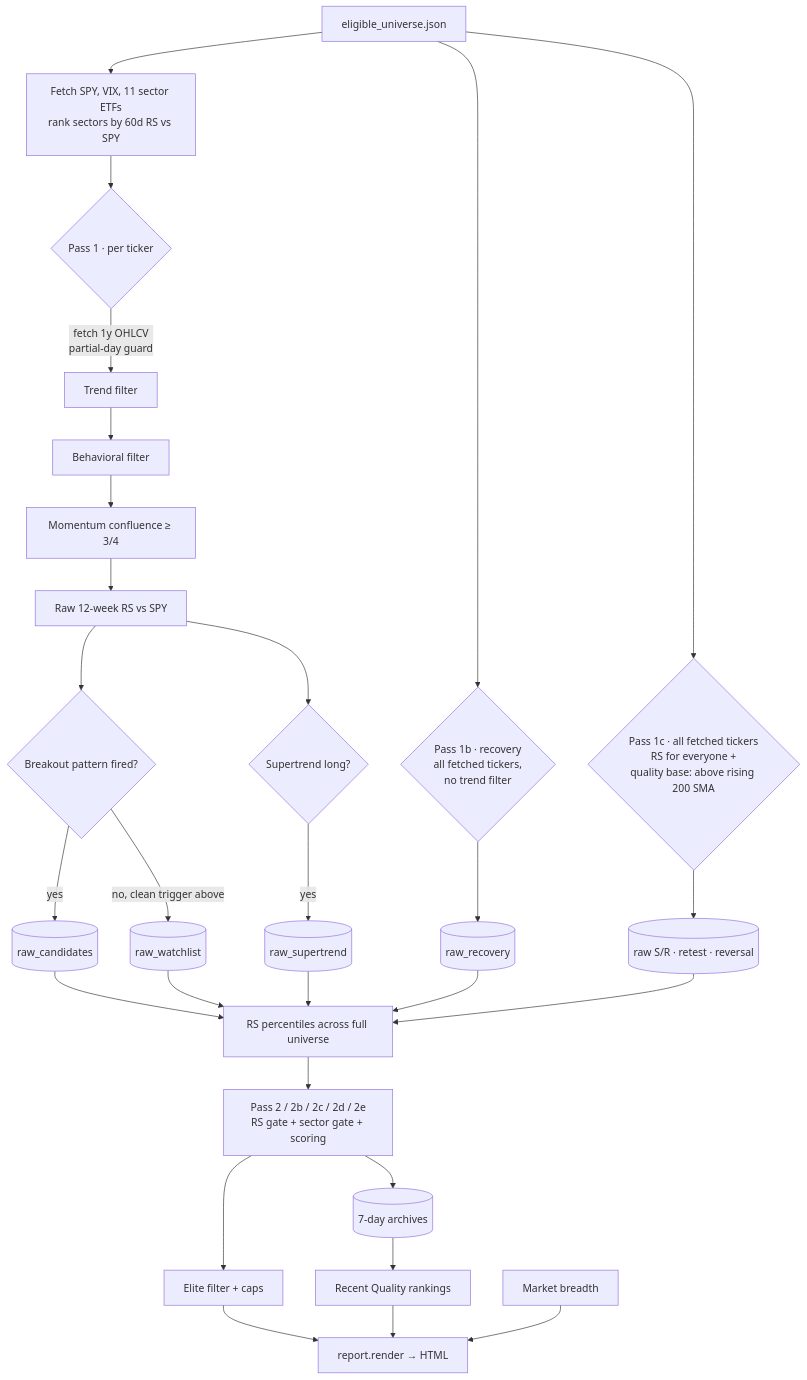
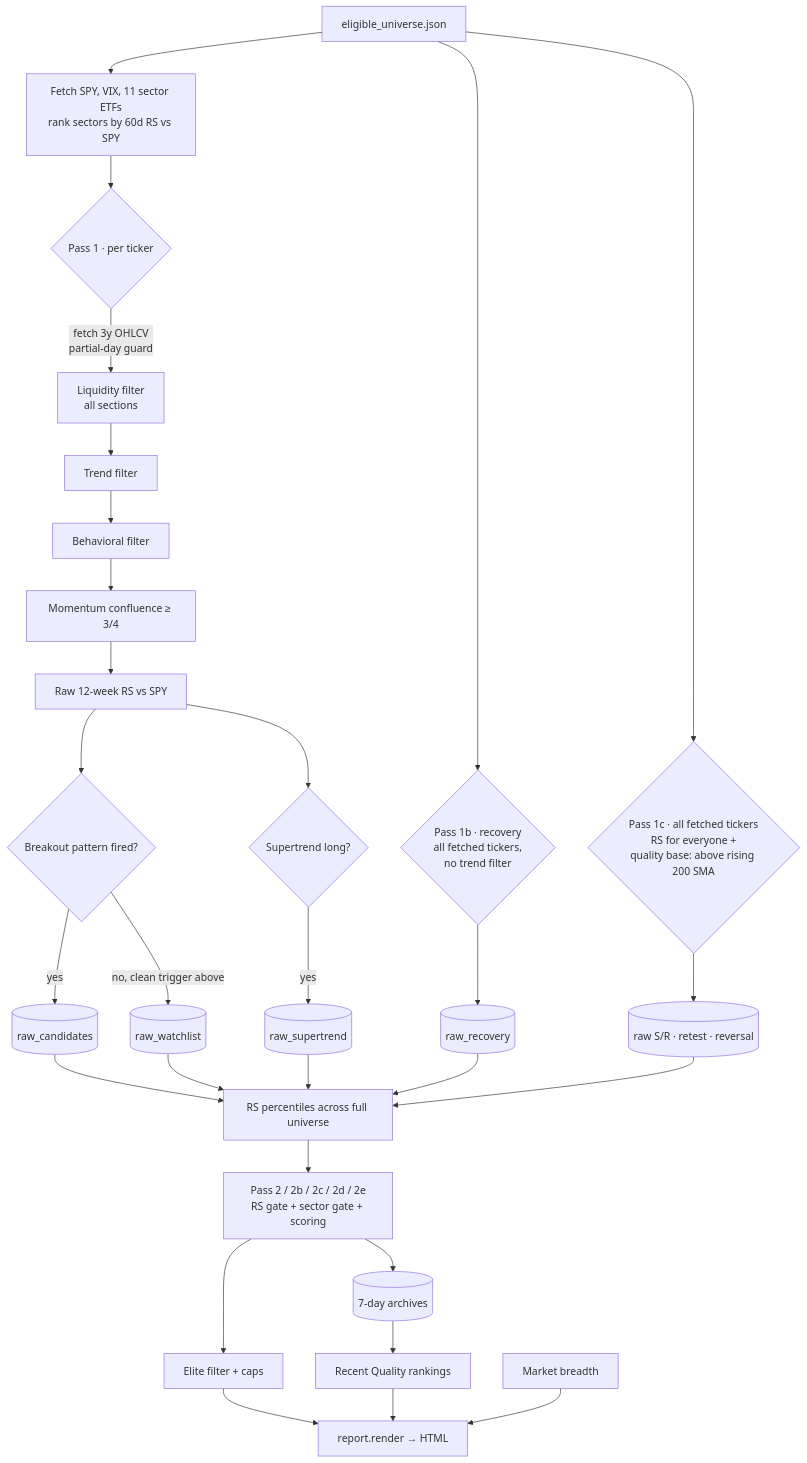
One commit to jaggadhruv/breakout-swing-signals-tool changed the diagram in ARCHITECTURE.md. Above: the diagram before and after it, drawn with Mermaid. The commit also changed other lines of this file and 3 other files, not shown here.

````diff
--- a/ARCHITECTURE.md
+++ b/ARCHITECTURE.md
@@ -96,26 +96,27 @@
 ```mermaid
 flowchart TD
     U[eligible_universe.json] --> F[Fetch SPY, VIX, 11 sector ETFs<br/>rank sectors by 60d RS vs SPY]
     F --> P1{Pass 1 · per ticker}
-    P1 -->|fetch 1y OHLCV<br/>partial-day guard| T[Trend filter]
+    P1 -->|fetch 3y OHLCV<br/>partial-day guard| LQ[Liquidity filter<br/>all sections]
+    LQ --> T[Trend filter]
     T --> B[Behavioral filter]
     B --> M[Momentum confluence ≥ 3/4]
     M --> RS1[Raw 12-week RS vs SPY]
     RS1 --> ST{Supertrend long?}
     ST -->|yes| RST[(raw_supertrend)]
     RS1 --> PAT{Breakout pattern fired?}
     PAT -->|yes| RBO[(raw_candidates)]
     PAT -->|no, clean trigger above| RWL[(raw_watchlist)]
 
     U --> P1B{Pass 1b · recovery<br/>all fetched tickers,<br/>no trend filter}
     P1B --> RREC[(raw_recovery)]
     U --> P1C{Pass 1c · all fetched tickers<br/>RS for everyone +<br/>quality base: above rising 200 SMA}
     P1C --> RSR[(raw S/R · retest · reversal)]
 
     RBO & RWL & RST & RREC & RSR --> PCT[RS percentiles across full universe]
     PCT --> P2[Pass 2 / 2b / 2c / 2d / 2e<br/>RS gate + sector gate + scoring]
     P2 --> AR[(7-day archives)]
     P2 --> EL[Elite filter + caps]
     AR --> RQ[Recent Quality rankings]
     EL & RQ & BR[Market breadth] --> R[report.render → HTML]
 ```
````
